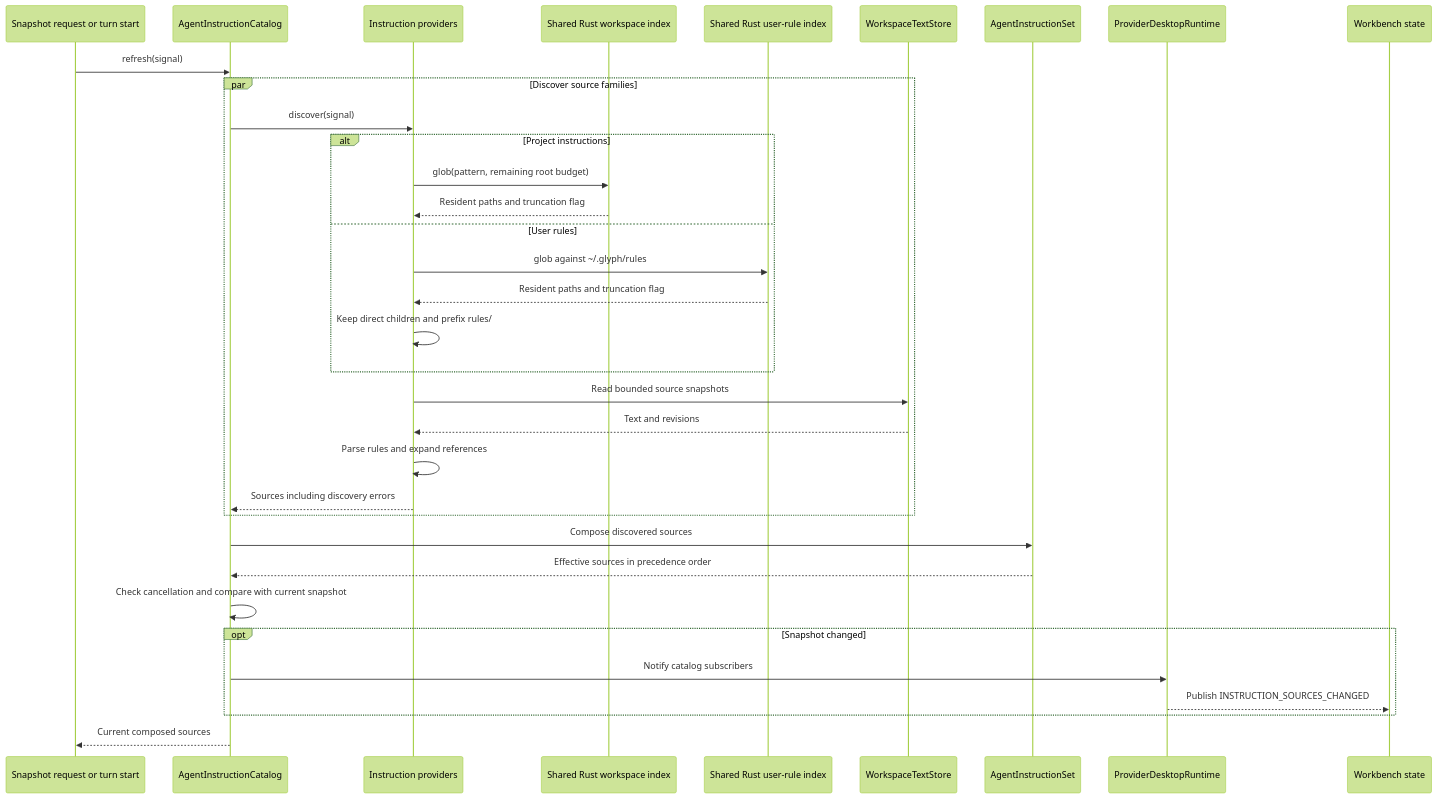
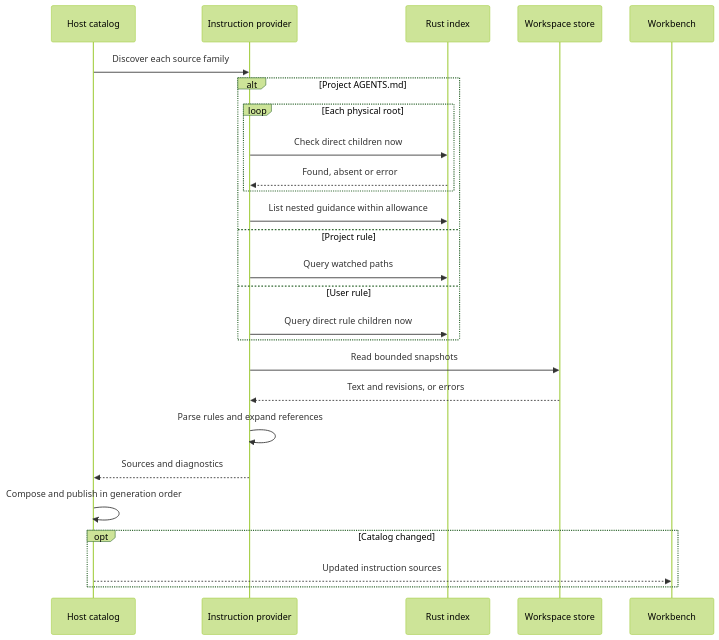
One commit to danceroutine/Glyph changed the first of 10 diagrams in docs/AGENT_INSTRUCTIONS.md. Above: the diagram before and after it, drawn with Mermaid (forest theme). The commit also changed other lines of this file and 332 other files, not shown here.

````diff
--- a/docs/AGENT_INSTRUCTIONS.md
+++ b/docs/AGENT_INSTRUCTIONS.md
@@ -42,37 +48,29 @@
 ```mermaid
 sequenceDiagram
-    participant Caller as Snapshot request or turn start
-    participant Catalog as AgentInstructionCatalog
-    participant Providers as Instruction providers
-    participant Index as Shared Rust workspace index
-    participant UserIndex as Shared Rust user-rule index
-    participant Store as WorkspaceTextStore
-    participant Set as AgentInstructionSet
-    participant Desktop as ProviderDesktopRuntime
-    participant Renderer as Workbench state
+    participant Catalog as Host catalog
+    participant Provider as Instruction provider
+    participant Index as Rust index
+    participant Store as Workspace store
+    participant UI as Workbench
 
-    Caller->>Catalog: refresh(signal)
-    par Discover source families
-        Catalog->>Providers: discover(signal)
-        alt Project instructions
-            Providers->>Index: glob(pattern, remaining root budget)
-            Index-->>Providers: Resident paths and truncation flag
-        else User rules
-            Providers->>UserIndex: glob against ~/.glyph/rules
-            UserIndex-->>Providers: Resident paths and truncation flag
-            Providers->>Providers: Keep direct children and prefix rules/
+    Catalog->>Provider: Discover each source family
+    alt Project AGENTS.md
+        loop Each physical root
+            Provider->>Index: Check direct children now
+            Index-->>Provider: Found, absent or error
         end
-        Providers->>Store: Read bounded source snapshots
-        Store-->>Providers: Text and revisions
-        Providers->>Providers: Parse rules and expand references
-        Providers-->>Catalog: Sources including discovery errors
+        Provider->>Index: List nested guidance within allowance
+    else Project rule
+        Provider->>Index: Query watched paths
+    else User rule
+        Provider->>Index: Query direct rule children now
     end
-    Catalog->>Set: Compose discovered sources
-    Set-->>Catalog: Effective sources in precedence order
-    Catalog->>Catalog: Check cancellation and compare with current snapshot
-    opt Snapshot changed
-        Catalog->>Desktop: Notify catalog subscribers
-        Desktop-->>Renderer: Publish INSTRUCTION_SOURCES_CHANGED
+    Provider->>Store: Read bounded snapshots
+    Store-->>Provider: Text and revisions, or errors
+    Provider->>Provider: Parse rules and expand references
+    Provider-->>Catalog: Sources and diagnostics
+    Catalog->>Catalog: Compose and publish in generation order
+    opt Catalog changed
+        Catalog-->>UI: Updated instruction sources
     end
-    Catalog-->>Caller: Current composed sources
 ```
````
